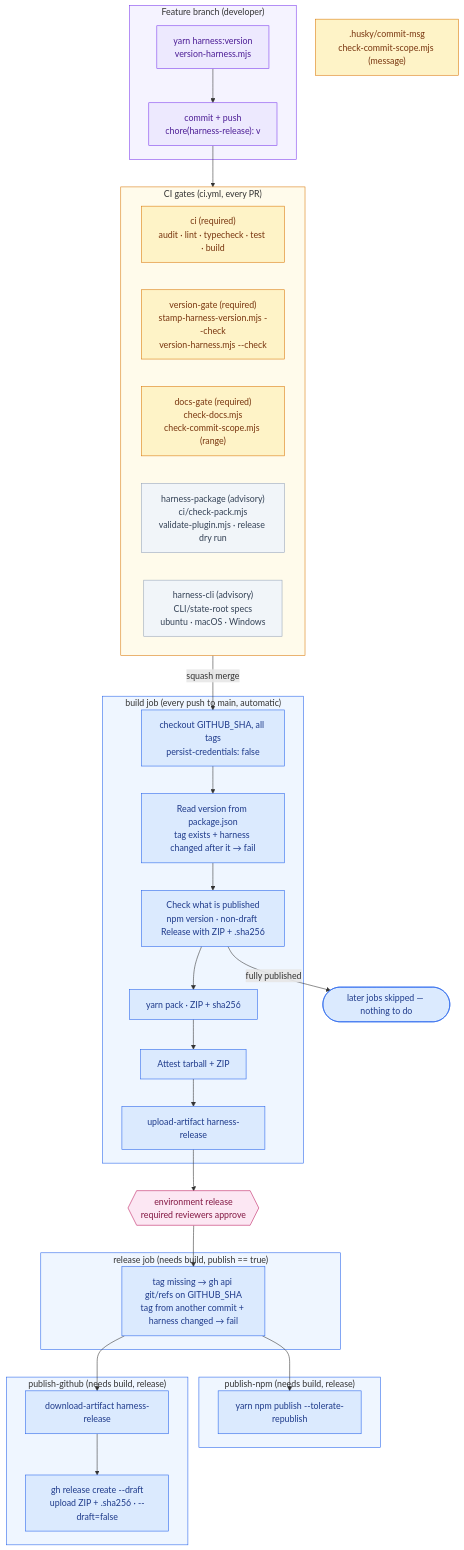
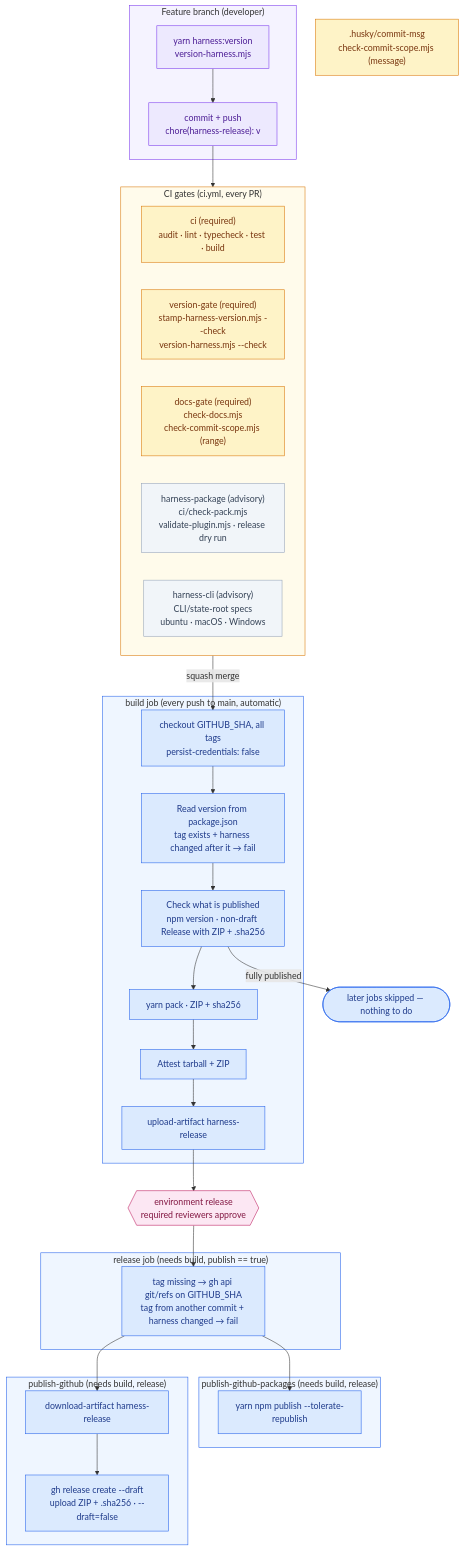
The diagram in docs/System Architecture (LLD)/Harness Release Pipeline/00. Overview.md (DataArt/artisyn-implementation-harness), drawn with Mermaid before and after one commit. The commit also changed other lines of this file and 8 other files, not shown here.

First line of the commit message:
ci(release): rename publish-npm to publish-github-packages

````diff
--- a/docs/System Architecture (LLD)/Harness Release Pipeline/00. Overview.md
+++ b/docs/System Architecture (LLD)/Harness Release Pipeline/00. Overview.md
@@ -35,60 +35,60 @@
 ```mermaid
 flowchart TD
     subgraph BRANCH ["  Feature branch (developer)  "]
         HV["yarn harness:version\nversion-harness.mjs"]:::push
         VC["commit + push\nchore(harness-release): v"]:::push
     end
 
     subgraph GATES ["  CI gates (ci.yml, every PR)  "]
         CI["ci (required)\naudit · lint · typecheck · test · build"]:::gate
         VG["version-gate (required)\nstamp-harness-version.mjs --check\nversion-harness.mjs --check"]:::gate
         RG["docs-gate (required)\ncheck-docs.mjs\ncheck-commit-scope.mjs (range)"]:::gate
         HP["harness-package (advisory)\nci/check-pack.mjs\nvalidate-plugin.mjs · release dry run"]:::advisory
         HC["harness-cli (advisory)\nCLI/state-root specs\nubuntu · macOS · Windows"]:::advisory
     end
 
     subgraph BJ ["  build job (every push to main, automatic)  "]
         CO["checkout GITHUB_SHA, all tags\npersist-credentials: false"]:::step
         RV["Read version from package.json\ntag exists + harness changed after it → fail"]:::step
         CK["Check what is published\nnpm version · non-draft Release with ZIP + .sha256"]:::step
         BU["yarn pack · ZIP + sha256"]:::step
         AT["Attest tarball + ZIP"]:::step
         UP["upload-artifact harness-release"]:::step
     end
 
     APP{{"environment release\nrequired reviewers approve"}}:::approval
 
     subgraph RJ ["  release job (needs build, publish == true)  "]
         TG["tag missing → gh api git/refs on GITHUB_SHA\ntag from another commit + harness changed → fail"]:::step
     end
 
-    subgraph NJ ["  publish-npm (needs build, release)  "]
+    subgraph NJ ["  publish-github-packages (needs build, release)  "]
         NP["yarn npm publish --tolerate-republish"]:::step
     end
 
     subgraph GJ ["  publish-github (needs build, release)  "]
         DL["download-artifact harness-release"]:::step
         GR["gh release create --draft\nupload ZIP + .sha256 · --draft=false"]:::step
     end
 
     HOOK[".husky/commit-msg\ncheck-commit-scope.mjs (message)"]:::gate
 
     HV --> VC --> GATES
     GATES -->|"squash merge"| CO
     CO --> RV --> CK --> BU --> AT --> UP --> APP --> TG
     TG --> NP
     TG --> DL --> GR
     CK -->|"fully published"| DONE(["later jobs skipped — nothing to do"]):::step
 
     classDef gate fill:#FEF3C7,stroke:#D97706,color:#78350f
     classDef advisory fill:#F1F5F9,stroke:#94A3B8,color:#334155
     classDef step fill:#DBEAFE,stroke:#2563EB,color:#1e3a8a
     classDef push fill:#EDE9FE,stroke:#7C3AED,color:#4c1d95
     classDef approval fill:#FCE7F3,stroke:#BE185D,color:#831843
     style BRANCH fill:#F5F3FF,stroke:#7C3AED
     style GATES fill:#FFFBEB,stroke:#D97706
     style BJ fill:#EFF6FF,stroke:#2563EB
     style RJ fill:#EFF6FF,stroke:#2563EB
     style NJ fill:#EFF6FF,stroke:#2563EB
     style GJ fill:#EFF6FF,stroke:#2563EB
 ```
````
